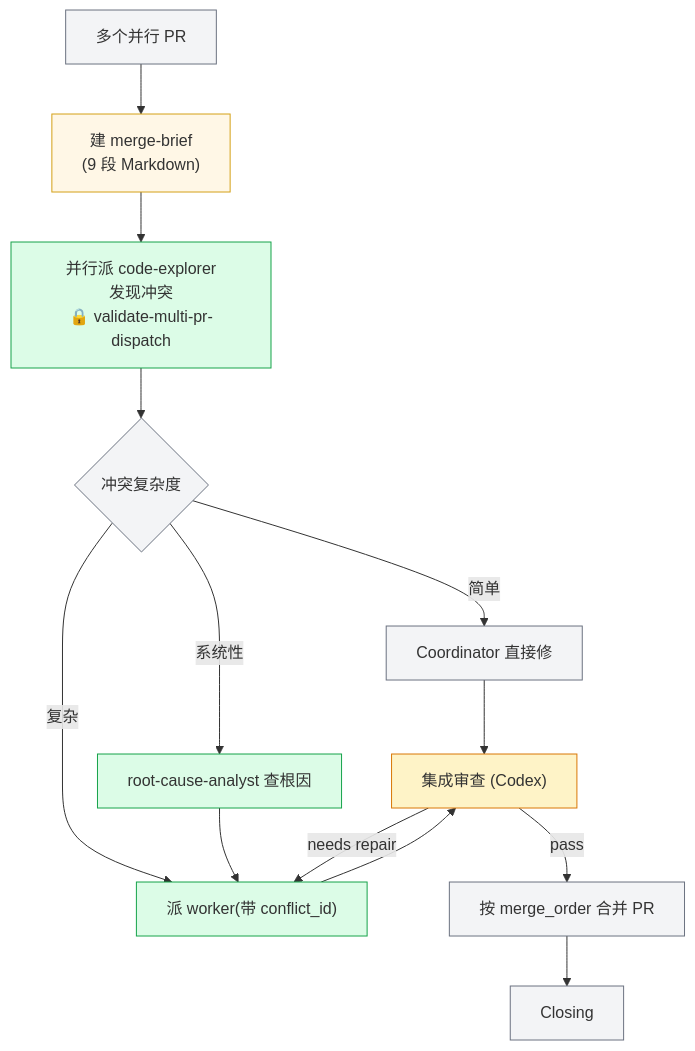
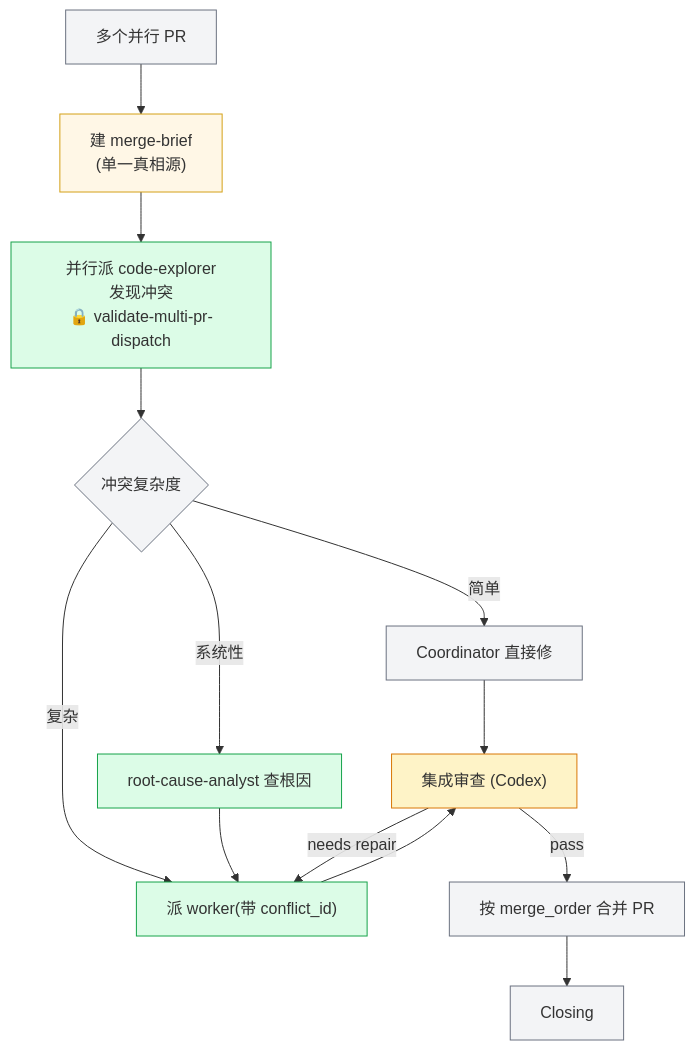
Before and after one commit to chancheuklap/multi-model-workflow: the third of 4 diagrams in plugin/architecture-draft.md, drawn with Mermaid. The commit also changed other lines of this file, not shown here.

First line of the commit message:
docs(architecture): 重写架构总览反映 v5.0.0 现状,第7节散落内容系统化进全文

````diff
--- a/plugin/architecture-draft.md
+++ b/plugin/architecture-draft.md
@@ -129,21 +148,21 @@
 ```mermaid
 flowchart TD
     classDef agent fill:#dcfce7,stroke:#16a34a
     classDef review fill:#fef3c7,stroke:#d97706
     classDef hook fill:#fee2e2,stroke:#dc2626
     classDef coord fill:#f3f4f6,stroke:#6b7280
     classDef artifact fill:#fff7e6,stroke:#d4a017
 
-    A["多个并行 PR"]:::coord --> INIT["建 merge-brief<br/>(9 段 Markdown)"]:::artifact
+    A["多个并行 PR"]:::coord --> INIT["建 merge-brief<br/>(单一真相源)"]:::artifact
     INIT --> D["并行派 code-explorer<br/>发现冲突<br/>🔒 validate-multi-pr-dispatch"]:::agent
     D --> E{"冲突复杂度"}:::coord
     E -->|"简单"| FIX["Coordinator 直接修"]:::coord
     E -->|"复杂"| W["派 worker(带 conflict_id)"]:::agent
     E -->|"系统性"| RCA["root-cause-analyst 查根因"]:::agent
     RCA --> W
     FIX --> IR["集成审查 (Codex)"]:::review
     W --> IR
     IR -->|"pass"| MERGE["按 merge_order 合并 PR"]:::coord
     MERGE --> DONE["Closing"]:::coord
     IR -->|"needs repair"| W
 ```
````
